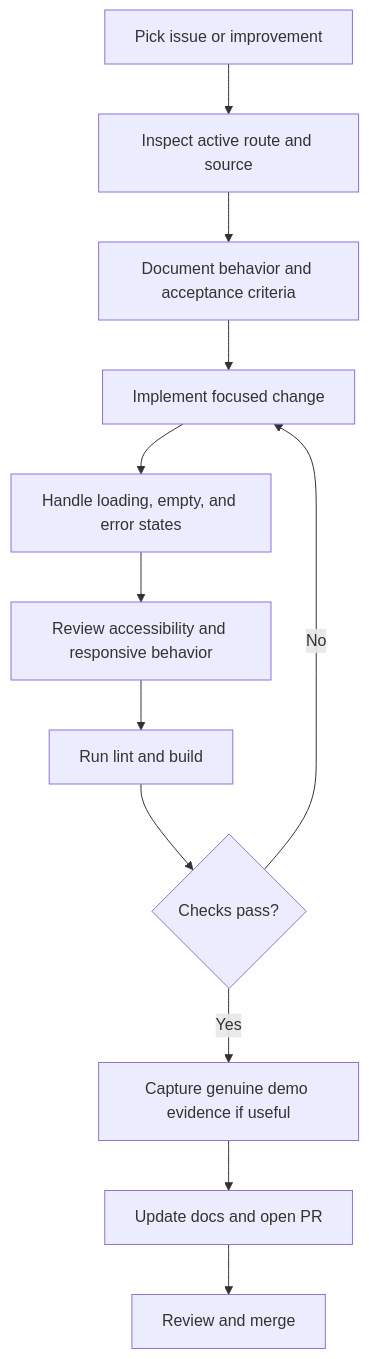
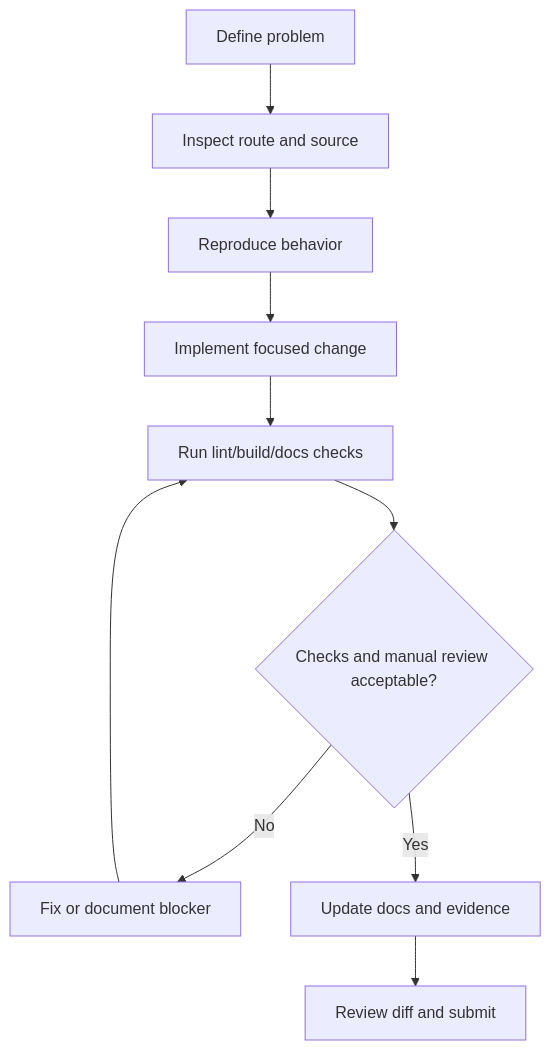
The diagram in docs/workflow.md (Brajesh31/Anime_website), drawn with Mermaid before and after one commit. The commit also changed other lines of this file and 5 other files, not shown here.

Commit message:
docs: deepen architecture and maintenance references

````diff
--- a/docs/workflow.md
+++ b/docs/workflow.md
@@ -5,14 +30,12 @@
 ```mermaid
 flowchart TD
-  A[Pick issue or improvement] --> B[Inspect active route and source]
-  B --> C[Document behavior and acceptance criteria]
-  C --> D[Implement focused change]
-  D --> E[Handle loading, empty, and error states]
-  E --> F[Review accessibility and responsive behavior]
-  F --> G[Run lint and build]
-  G --> H{Checks pass?}
-  H -->|No| D
-  H -->|Yes| I[Capture genuine demo evidence if useful]
-  I --> J[Update docs and open PR]
-  J --> K[Review and merge]
+ A[Define problem] --> B[Inspect route and source]
+ B --> C[Reproduce behavior]
+ C --> D[Implement focused change]
+ D --> E[Run lint/build/docs checks]
+ E --> F{Checks and manual review acceptable?}
+ F -->|No| G[Fix or document blocker]
+ G --> E
+ F -->|Yes| H[Update docs and evidence]
+ H --> I[Review diff and submit]
 ```
````
